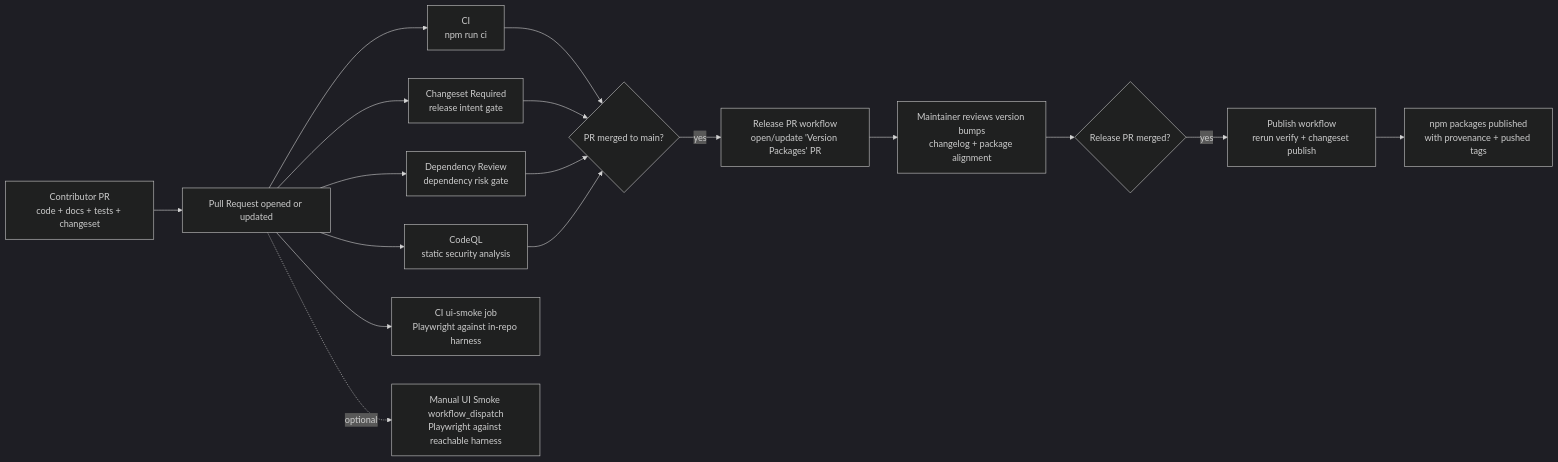
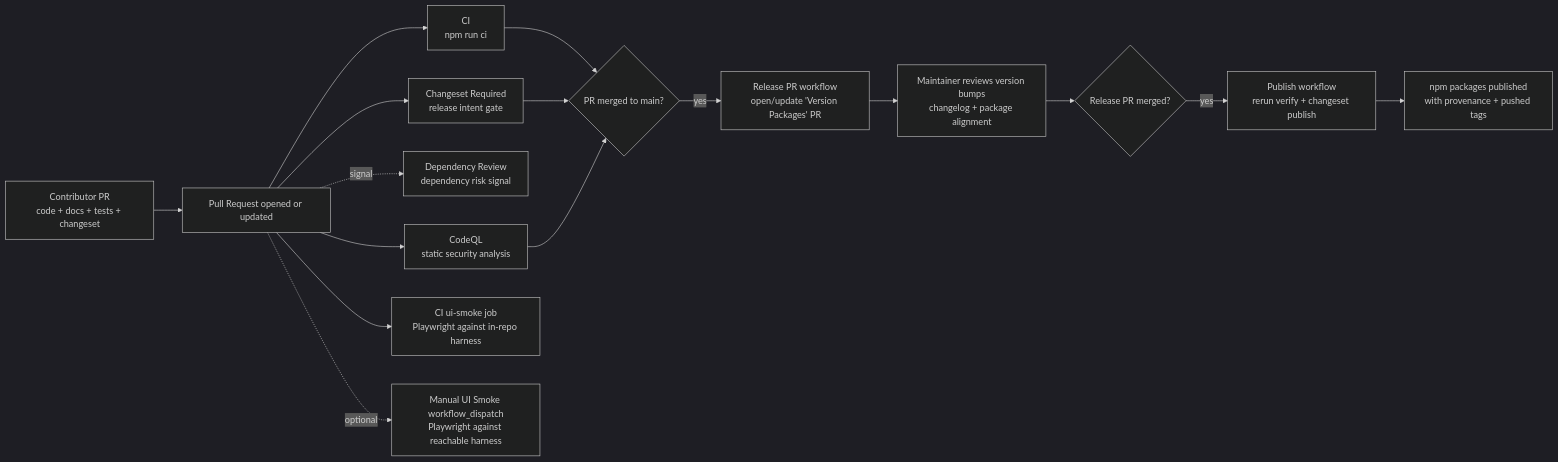
The diagram in docs/releasing.md (PrimeDX/backstage-access-tokens-plugin), drawn with Mermaid (dark theme) before and after one commit. The commit also changed other lines of this file and 5 other files, not shown here.

````diff
--- a/docs/releasing.md
+++ b/docs/releasing.md
@@ -67,19 +73,18 @@
 ```mermaid
 flowchart LR
   A["Contributor PR<br/>code + docs + tests + changeset"] --> B["Pull Request opened or updated"]
   B --> C["CI<br/>npm run ci"]
   B --> D["Changeset Required<br/>release intent gate"]
-  B --> E["Dependency Review<br/>dependency risk gate"]
+  B -. "signal" .-> E["Dependency Review<br/>dependency risk signal"]
   B --> M["CodeQL<br/>static security analysis"]
   C --> F{"PR merged to main?"}
   D --> F
-  E --> F
   M --> F
   F -- "yes" --> G["Release PR workflow<br/>open/update 'Version Packages' PR"]
   G --> H["Maintainer reviews version bumps<br/>changelog + package alignment"]
   H --> I{"Release PR merged?"}
   I -- "yes" --> J["Publish workflow<br/>rerun verify + changeset publish"]
   J --> K["npm packages published<br/>with provenance + pushed tags"]
   B --> N["CI ui-smoke job<br/>Playwright against in-repo harness"]
   B -. "optional" .-> L["Manual UI Smoke workflow_dispatch<br/>Playwright against reachable harness"]
 ```
````
